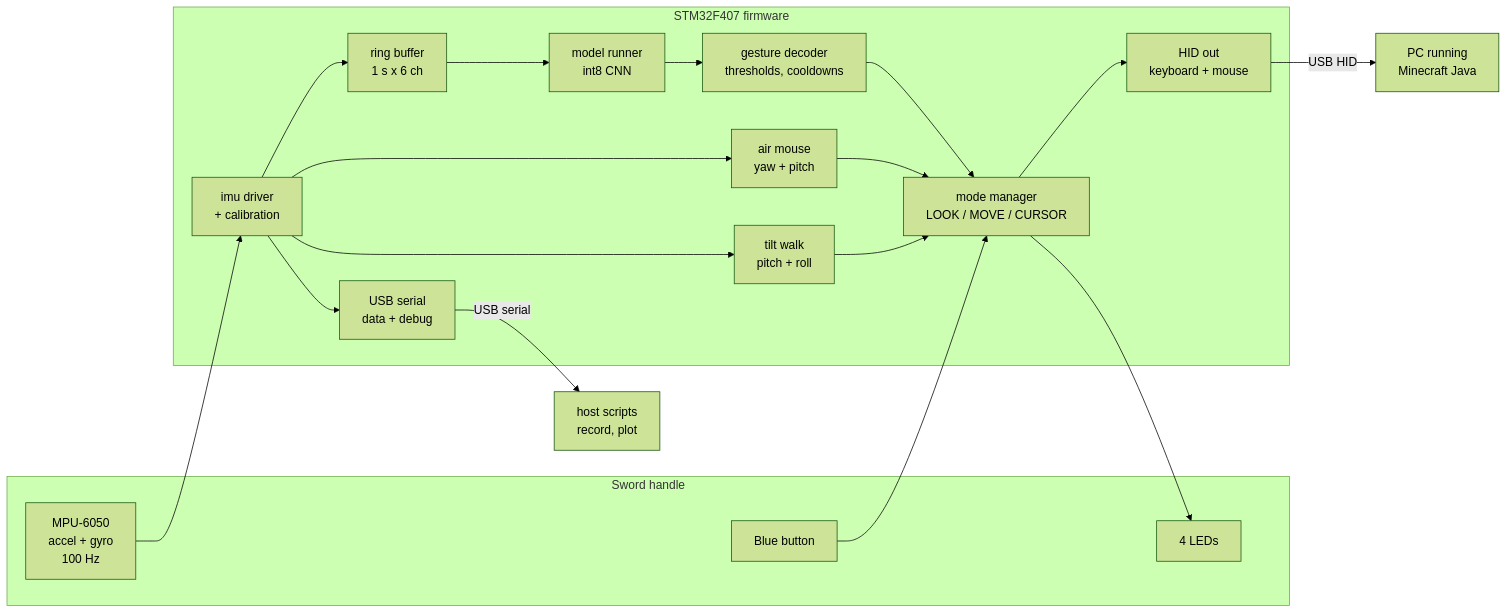
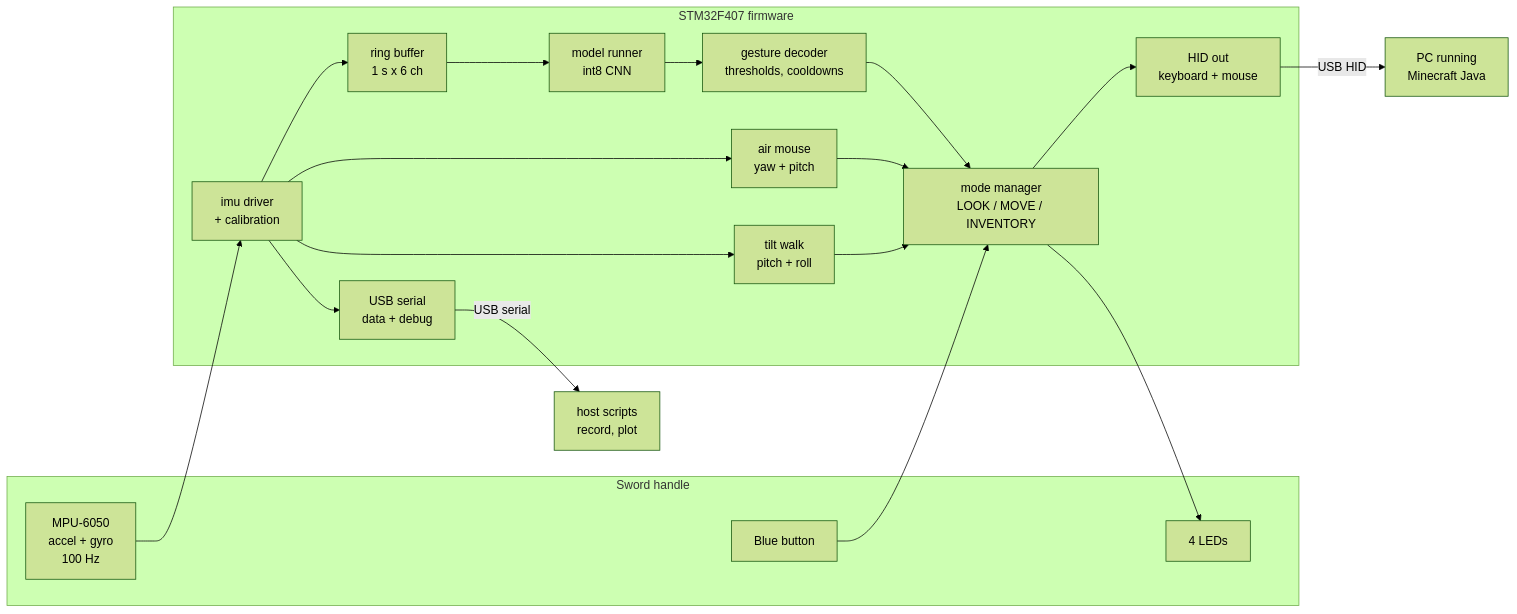
Before and after one commit to oliBrowne/swing-to-mine: the first of 2 diagrams in docs/architecture.md, drawn with Mermaid (forest theme). The commit also changed other lines of this file and 7 other files, not shown here.

Commit message:
Add button controls spec: move/look, inventory hold, crouch

````diff
--- a/docs/architecture.md
+++ b/docs/architecture.md
@@ -7,28 +7,28 @@
 ```mermaid
 flowchart LR
     subgraph Handle["Sword handle"]
         IMU["MPU-6050<br/>accel + gyro<br/>100 Hz"]
         BTN["Blue button"]
         LED["4 LEDs"]
     end
     subgraph MCU["STM32F407 firmware"]
         DRV["imu driver<br/>+ calibration"]
         RB["ring buffer<br/>1 s x 6 ch"]
         NN["model runner<br/>int8 CNN"]
         DEC["gesture decoder<br/>thresholds, cooldowns"]
         AIR["air mouse<br/>yaw + pitch"]
         WALK["tilt walk<br/>pitch + roll"]
-        MODE["mode manager<br/>LOOK / MOVE / CURSOR"]
+        MODE["mode manager<br/>LOOK / MOVE / INVENTORY"]
         HID["HID out<br/>keyboard + mouse"]
         CDC["USB serial<br/>data + debug"]
     end
     PC["PC running<br/>Minecraft Java"]
     HOST["host scripts<br/>record, plot"]
 
     IMU --> DRV --> RB --> NN --> DEC --> MODE
     DRV --> AIR --> MODE
     DRV --> WALK --> MODE
     BTN --> MODE --> LED
     MODE --> HID -->|USB HID| PC
     DRV --> CDC -->|USB serial| HOST
 ```
````
